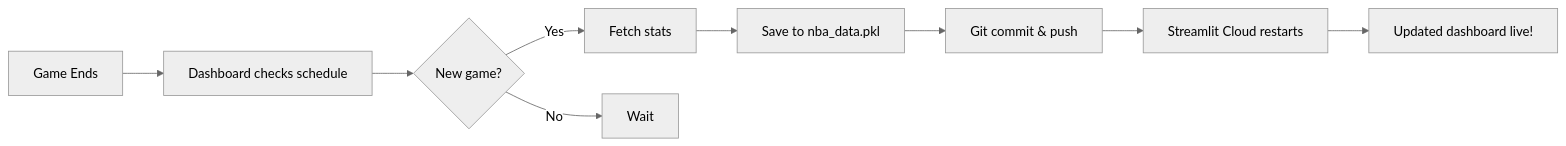
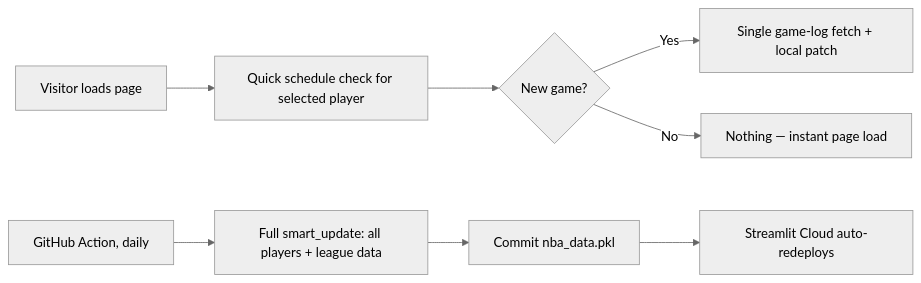
One commit to RShiri/nba-dashboard changed the diagram in README.md. Above: the diagram before and after it, drawn with Mermaid (neutral theme). The commit also changed other lines of this file and 5 other files, not shown here.

````diff
--- a/README.md
+++ b/README.md
@@ -99,11 +114,10 @@
 ```mermaid
 graph LR
-    A[Game Ends] --> B[Dashboard checks schedule]
+    A[Visitor loads page] --> B[Quick schedule check for selected player]
     B --> C{New game?}
-    C -->|Yes| D[Fetch stats]
-    C -->|No| E[Wait]
-    D --> F[Save to nba_data.pkl]
-    F --> G[Git commit & push]
-    G --> H[Streamlit Cloud restarts]
-    H --> I[Updated dashboard live!]
+    C -->|Yes| D[Single game-log fetch + local patch]
+    C -->|No| E[Nothing — instant page load]
+    F[GitHub Action, daily] --> G[Full smart_update: all players + league data]
+    G --> H[Commit nba_data.pkl]
+    H --> I[Streamlit Cloud auto-redeploys]
 ```
````
